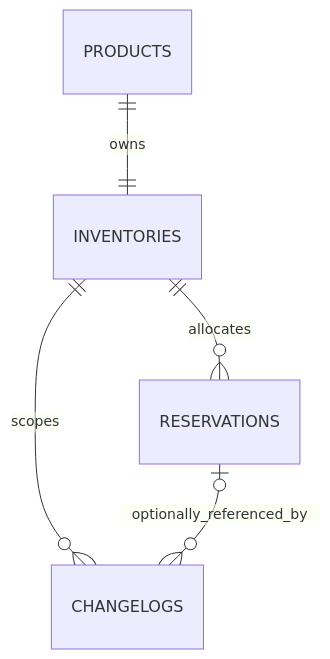
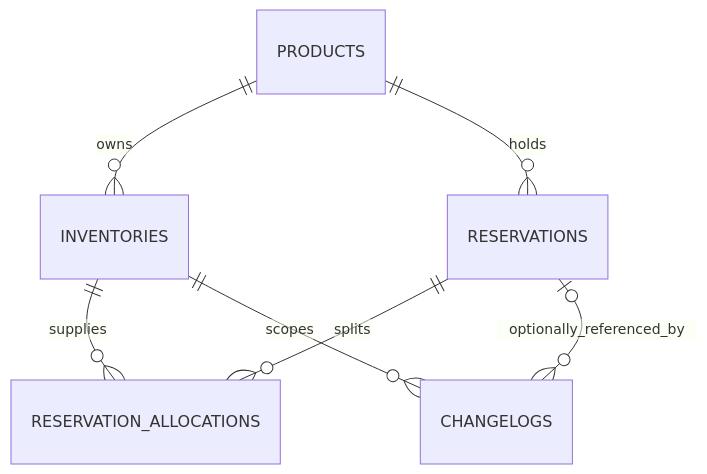
One commit to potzchan6969/grade10-spec changed the sixth of 6 diagrams in openspec/changes/add-grade10-inventory/design.md. Above: the diagram before and after it, drawn with Mermaid. The commit also changed other lines of this file and 4 other files, not shown here.

````diff
--- a/openspec/changes/add-grade10-inventory/design.md
+++ b/openspec/changes/add-grade10-inventory/design.md
@@ -263,7 +450,9 @@
 ```mermaid
 erDiagram
-  PRODUCTS ||--|| INVENTORIES : owns
-  INVENTORIES ||--o{ RESERVATIONS : allocates
+  PRODUCTS ||--o{ INVENTORIES : owns
+  PRODUCTS ||--o{ RESERVATIONS : holds
+  RESERVATIONS ||--o{ RESERVATION_ALLOCATIONS : splits
+  INVENTORIES ||--o{ RESERVATION_ALLOCATIONS : supplies
   INVENTORIES ||--o{ CHANGELOGS : scopes
   RESERVATIONS o|--o{ CHANGELOGS : optionally_referenced_by
 ```
````
